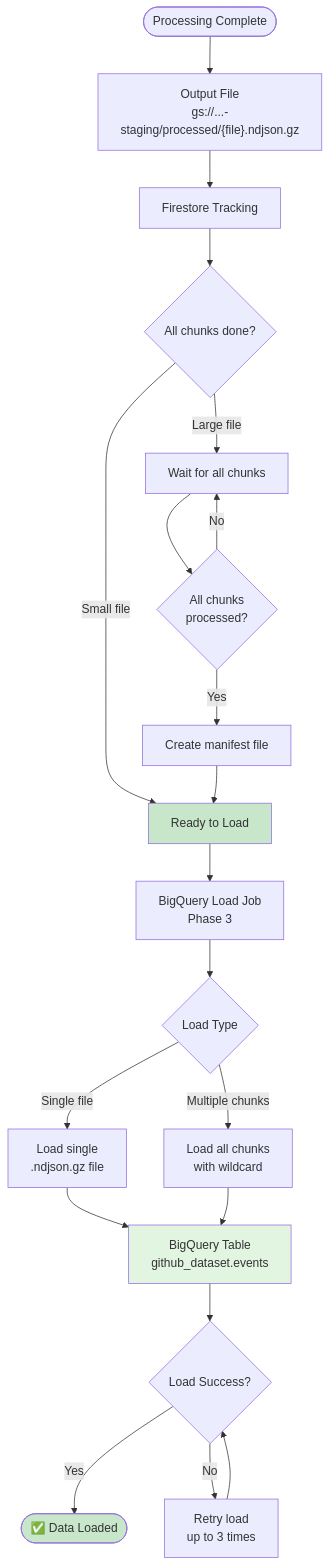
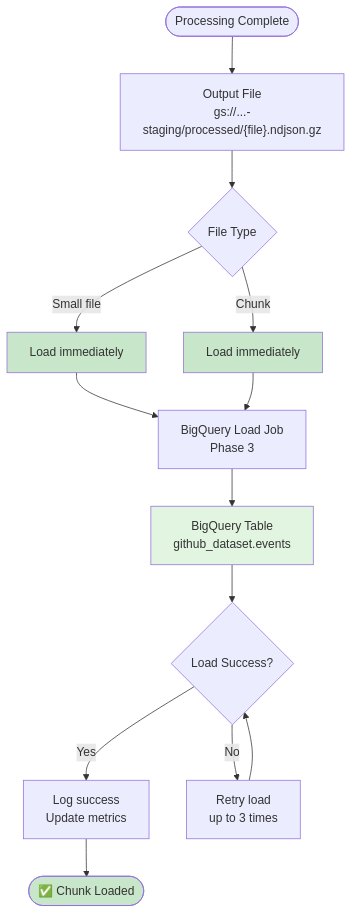
The first of 2 diagrams in design/github_archive/phase2_process_files/diagrams/10_bigquery_load_prep.md (prateekpanjla-outlook/gcp_data_proc), drawn with Mermaid before and after one commit. The commit also changed other lines of this file and 8 other files, not shown here.

First line of the commit message:
refactor: simplify Phase 2 architecture - remove Firestore tracking

````diff
--- a/design/github_archive/phase2_process_files/diagrams/10_bigquery_load_prep.md
+++ b/design/github_archive/phase2_process_files/diagrams/10_bigquery_load_prep.md
@@ -3,37 +3,28 @@
 ```mermaid
 graph TD
     Proc([Processing Complete]) --> Out["Output File<br>gs://...-staging/processed/{file}.ndjson.gz"]
 
-    Out --> Track[Firestore Tracking]
-    Track --> AllChunks{All chunks done?}
+    Out --> FileType{File Type}
 
-    AllChunks -->|Small file| Ready[Ready to Load]
-    AllChunks -->|Large file| WaitChunks[Wait for all chunks]
+    FileType -->|Small file| SingleLoad[Load immediately]
+    FileType -->|Chunk| ChunkLoad[Load immediately]
 
-    WaitChunks --> ChunkReady{All chunks<br>processed?}
-    ChunkReady -->|No| WaitChunks
-    ChunkReady -->|Yes| MergeCheck[Create manifest file]
+    SingleLoad --> BQLoad[BigQuery Load Job<br>Phase 3]
+    ChunkLoad --> BQLoad
 
-    MergeCheck --> Ready
-
-    Ready --> BQLoad[BigQuery Load Job<br>Phase 3]
-
-    BQLoad --> LoadType{Load Type}
-
-    LoadType -->|Single file| Single[Load single<br>.ndjson.gz file]
-    LoadType -->|Multiple chunks| Multi[Load all chunks<br>with wildcard]
-
-    Single --> BQ[BigQuery Table<br>github_dataset.events]
-    Multi --> BQ
+    BQLoad --> BQ[BigQuery Table<br>github_dataset.events]
 
     BQ --> Verify{Load Success?}
 
-    Verify -->|Yes| Complete([✅ Data Loaded])
+    Verify -->|Yes| Log[Log success<br>Update metrics]
     Verify -->|No| RetryLoad[Retry load<br>up to 3 times]
 
     RetryLoad --> Verify
 
-    style Ready fill:#c8e6c9
+    Log --> Complete([✅ Chunk Loaded])
+
+    style SingleLoad fill:#c8e6c9
+    style ChunkLoad fill:#c8e6c9
     style BQ fill:#e1f5e1
     style Complete fill:#c8e6c9
 ```
````
